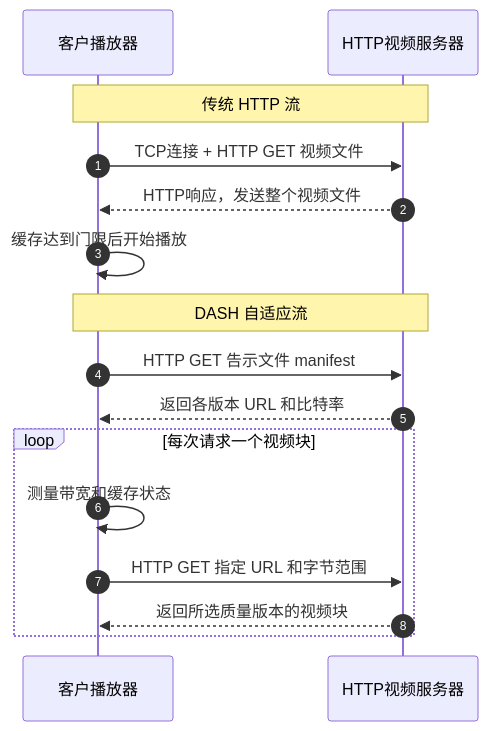
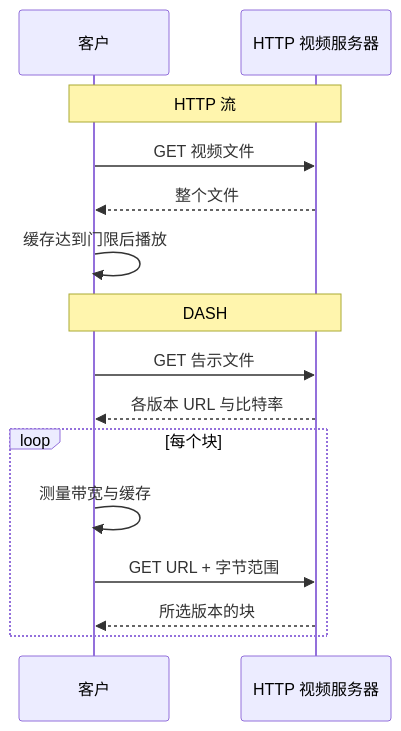
One commit to Meer-Matze/Meer-Matze.github.io changed diagram 16 of 20 in src/content/posts/应用层.md. Above: the diagram before and after it, drawn with Mermaid. The commit also changed other lines of this file and 3 other files, not shown here.

````diff
--- a/src/content/posts/应用层.md
+++ b/src/content/posts/应用层.md
@@ -3299,20 +1137,17 @@
 ```mermaid
 sequenceDiagram
-  autonumber
-  participant C as 客户播放器
-  participant S as HTTP视频服务器
-
-  Note over C,S: 传统 HTTP 流
-  C->>S: TCP连接 + HTTP GET 视频文件
-  S-->>C: HTTP响应，发送整个视频文件
-  C->>C: 缓存达到门限后开始播放
-
-  Note over C,S: DASH 自适应流
-  C->>S: HTTP GET 告示文件 manifest
-  S-->>C: 返回各版本 URL 和比特率
-  loop 每次请求一个视频块
-    C->>C: 测量带宽和缓存状态
-    C->>S: HTTP GET 指定 URL 和字节范围
-    S-->>C: 返回所选质量版本的视频块
+  participant C as 客户
+  participant S as HTTP 视频服务器
+  Note over C,S: HTTP 流
+  C->>S: GET 视频文件
+  S-->>C: 整个文件
+  C->>C: 缓存达到门限后播放
+  Note over C,S: DASH
+  C->>S: GET 告示文件
+  S-->>C: 各版本 URL 与比特率
+  loop 每个块
+    C->>C: 测量带宽与缓存
+    C->>S: GET URL + 字节范围
+    S-->>C: 所选版本的块
   end
 ```
````
